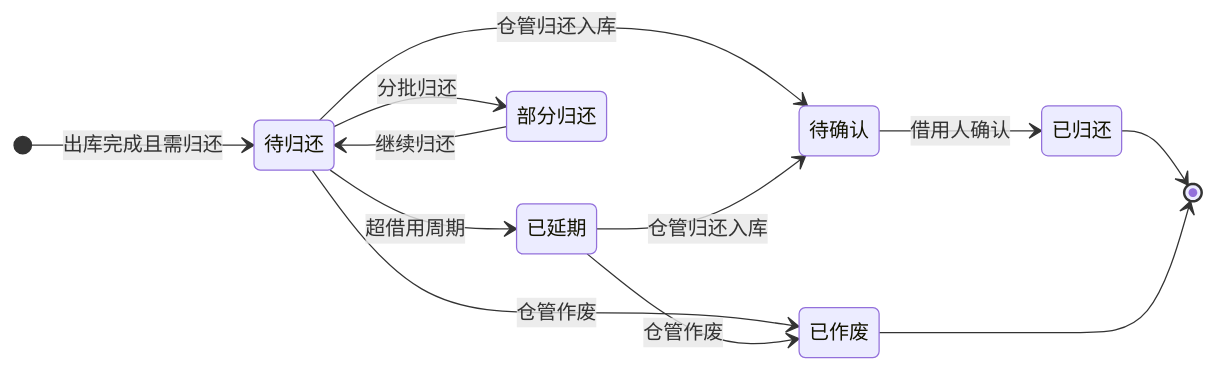
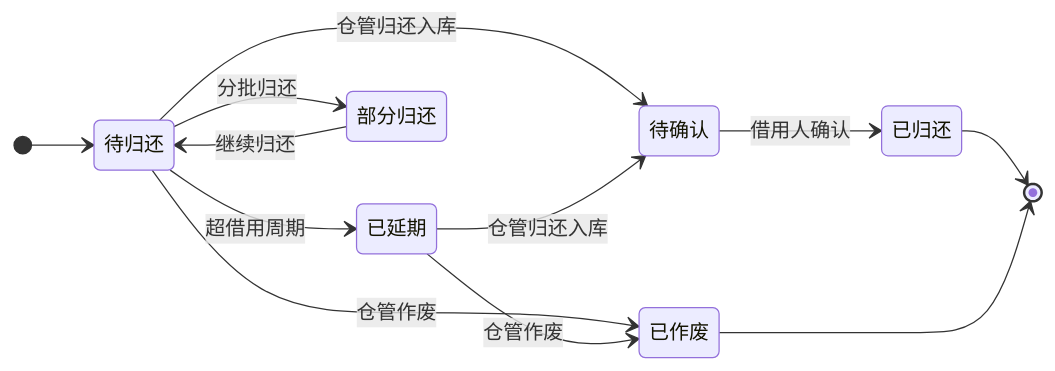
Before and after one commit to liaoliao66/wms: diagram 14 of 31 in docs/prd.md, drawn with Mermaid. The commit also changed other lines of this file and 2 other files, not shown here.

````diff
--- a/docs/prd.md
+++ b/docs/prd.md
@@ -1086,15 +997,15 @@
 ```mermaid
 stateDiagram-v2
     direction LR
-    [*] --> 待归还: 出库完成且需归还
+    [*] --> 待归还
     待归还 --> 已延期: 超借用周期
     待归还 --> 部分归还: 分批归还
     部分归还 --> 待归还: 继续归还
     待归还 --> 待确认: 仓管归还入库
     已延期 --> 待确认: 仓管归还入库
     待确认 --> 已归还: 借用人确认
     待归还 --> 已作废: 仓管作废
     已延期 --> 已作废: 仓管作废
     已归还 --> [*]
     已作废 --> [*]
 ```
````
